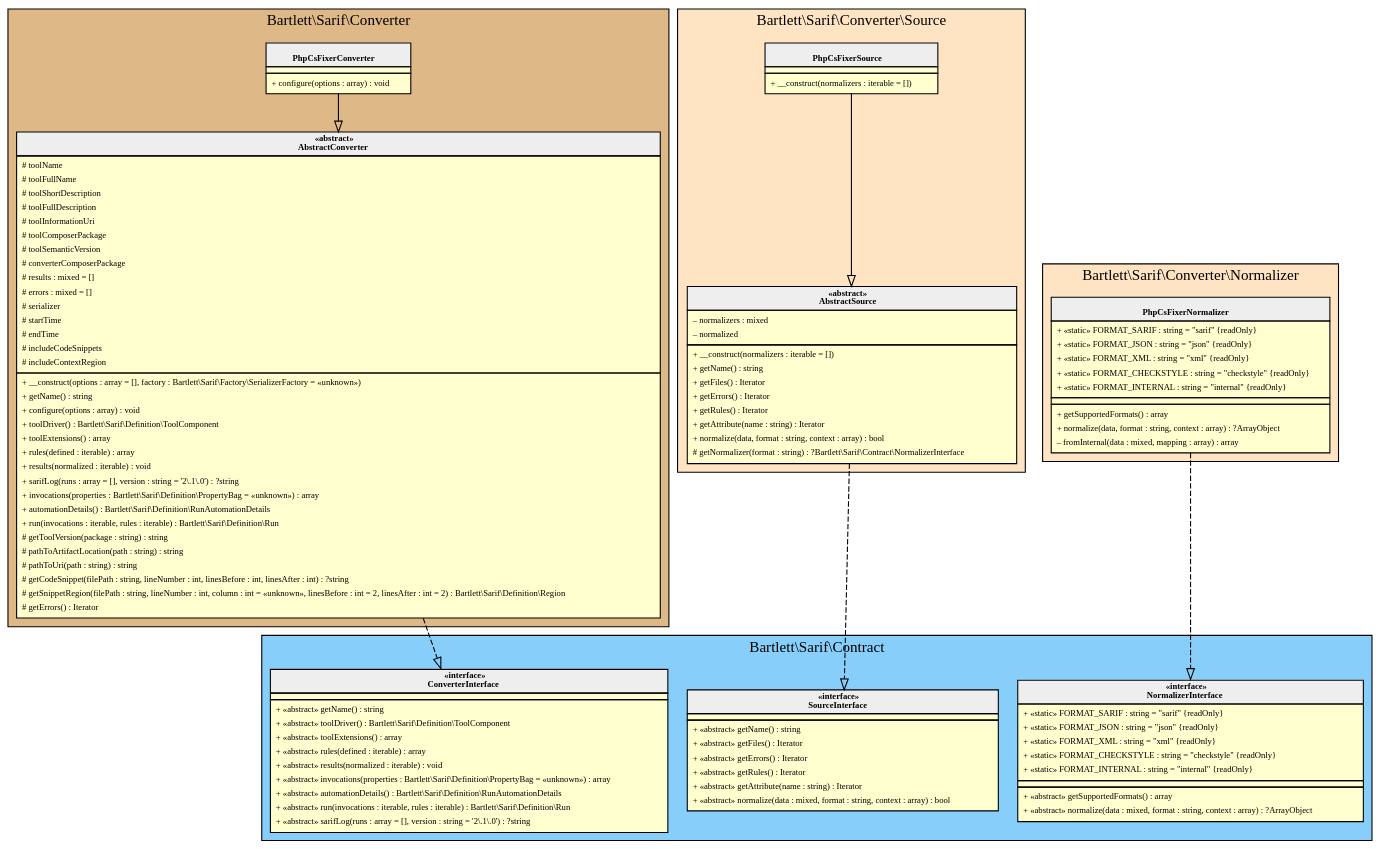
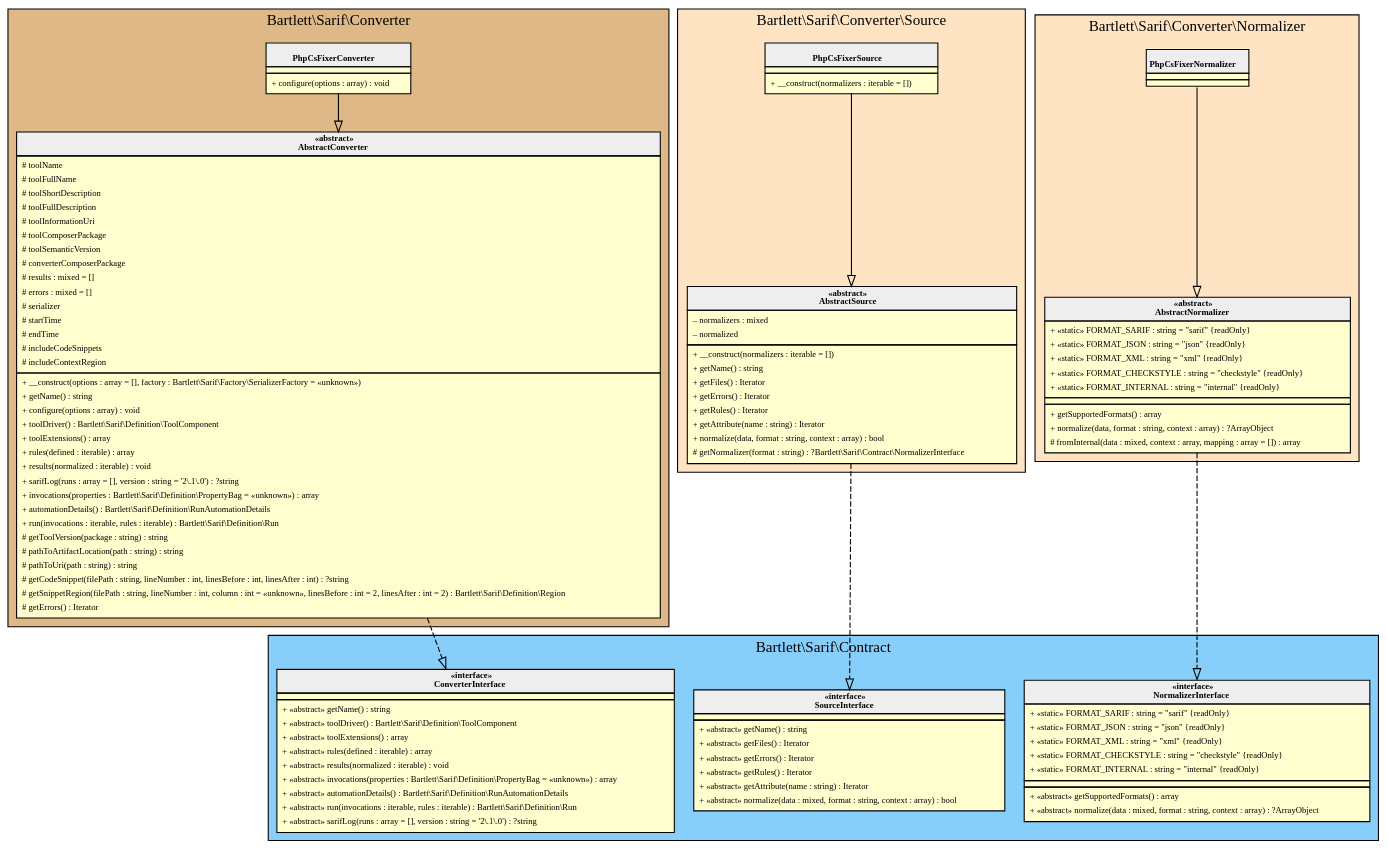
One commit to llaville/sarif-php-converters changed the diagram in 1.0/assets/images/converter-phpcs-fixer.html.gv. Above: the diagram before and after it, drawn with Graphviz. The commit also changed 26 other files, not shown here.

```diff
--- a/1.0/assets/images/converter-phpcs-fixer.html.gv
+++ b/1.0/assets/images/converter-phpcs-fixer.html.gv
@@ -1,162 +1,169 @@
 digraph {
   graph [name="G" overlap="false" rankdir="TB" bgcolor="transparent"]
   node [fontname="Verdana" fontsize=8 shape="none" margin=0 fillcolor="#FEFECE" style="filled"]
   edge [fontname="Verdana" fontsize=8]
   subgraph cluster_0 {
     graph [bgcolor="BurlyWood"]
     label = "Bartlett\\Sarif\\Converter"
     "Bartlett\\Sarif\\Converter\\PhpCsFixerConverter" [shape="none" label=<
 <table cellspacing="0" border="0" cellborder="1">
     <tr><td bgcolor="#eeeeee"><b><br/>PhpCsFixerConverter</b></td></tr>
     <tr><td></td></tr>
     <tr><td><table border="0" cellspacing="0" cellpadding="2">
     <tr><td align="left">+ configure(options : array) : void</td></tr>
 </table></td></tr>
 </table>>]
     "Bartlett\\Sarif\\Converter\\AbstractConverter" [shape="none" label=<
 <table cellspacing="0" border="0" cellborder="1">
     <tr><td bgcolor="#eeeeee"><b>«abstract»<br/>AbstractConverter</b></td></tr>
     <tr><td><table border="0" cellspacing="0" cellpadding="2">
     <tr><td align="left"># toolName</td></tr>
     <tr><td align="left"># toolFullName</td></tr>
     <tr><td align="left"># toolShortDescription</td></tr>
     <tr><td align="left"># toolFullDescription</td></tr>
     <tr><td align="left"># toolInformationUri</td></tr>
     <tr><td align="left"># toolComposerPackage</td></tr>
     <tr><td align="left"># toolSemanticVersion</td></tr>
     <tr><td align="left"># converterComposerPackage</td></tr>
     <tr><td align="left"># results : mixed = []</td></tr>
     <tr><td align="left"># errors : mixed = []</td></tr>
     <tr><td align="left"># serializer</td></tr>
     <tr><td align="left"># startTime</td></tr>
     <tr><td align="left"># endTime</td></tr>
     <tr><td align="left"># includeCodeSnippets</td></tr>
     <tr><td align="left"># includeContextRegion</td></tr>
 </table></td></tr>
     <tr><td><table border="0" cellspacing="0" cellpadding="2">
     <tr><td align="left">+ __construct(options : array = [], factory : Bartlett\\Sarif\\Factory\\SerializerFactory = «unknown»)</td></tr>
     <tr><td align="left">+ getName() : string</td></tr>
     <tr><td align="left">+ configure(options : array) : void</td></tr>
     <tr><td align="left">+ toolDriver() : Bartlett\\Sarif\\Definition\\ToolComponent</td></tr>
     <tr><td align="left">+ toolExtensions() : array</td></tr>
     <tr><td align="left">+ rules(defined : iterable) : array</td></tr>
     <tr><td align="left">+ results(normalized : iterable) : void</td></tr>
     <tr><td align="left">+ sarifLog(runs : array = [], version : string = '2\.1\.0') : ?string</td></tr>
     <tr><td align="left">+ invocations(properties : Bartlett\\Sarif\\Definition\\PropertyBag = «unknown») : array</td></tr>
     <tr><td align="left">+ automationDetails() : Bartlett\\Sarif\\Definition\\RunAutomationDetails</td></tr>
     <tr><td align="left">+ run(invocations : iterable, rules : iterable) : Bartlett\\Sarif\\Definition\\Run</td></tr>
     <tr><td align="left"># getToolVersion(package : string) : string</td></tr>
     <tr><td align="left"># pathToArtifactLocation(path : string) : string</td></tr>
     <tr><td align="left"># pathToUri(path : string) : string</td></tr>
     <tr><td align="left"># getCodeSnippet(filePath : string, lineNumber : int, linesBefore : int, linesAfter : int) : ?string</td></tr>
     <tr><td align="left"># getSnippetRegion(filePath : string, lineNumber : int, column : int = «unknown», linesBefore : int = 2, linesAfter : int = 2) : Bartlett\\Sarif\\Definition\\Region</td></tr>
     <tr><td align="left"># getErrors() : Iterator</td></tr>
 </table></td></tr>
 </table>>]
   }
   subgraph cluster_1 {
     graph [bgcolor="LightSkyBlue"]
     label = "Bartlett\\Sarif\\Contract"
     "Bartlett\\Sarif\\Contract\\ConverterInterface" [shape="none" label=<
 <table cellspacing="0" border="0" cellborder="1">
     <tr><td bgcolor="#eeeeee"><b>«interface»<br/>ConverterInterface</b></td></tr>
     <tr><td></td></tr>
     <tr><td><table border="0" cellspacing="0" cellpadding="2">
     <tr><td align="left">+ «abstract» getName() : string</td></tr>
     <tr><td align="left">+ «abstract» toolDriver() : Bartlett\\Sarif\\Definition\\ToolComponent</td></tr>
     <tr><td align="left">+ «abstract» toolExtensions() : array</td></tr>
     <tr><td align="left">+ «abstract» rules(defined : iterable) : array</td></tr>
     <tr><td align="left">+ «abstract» results(normalized : iterable) : void</td></tr>
     <tr><td align="left">+ «abstract» invocations(properties : Bartlett\\Sarif\\Definition\\PropertyBag = «unknown») : array</td></tr>
     <tr><td align="left">+ «abstract» automationDetails() : Bartlett\\Sarif\\Definition\\RunAutomationDetails</td></tr>
     <tr><td align="left">+ «abstract» run(invocations : iterable, rules : iterable) : Bartlett\\Sarif\\Definition\\Run</td></tr>
     <tr><td align="left">+ «abstract» sarifLog(runs : array = [], version : string = '2\.1\.0') : ?string</td></tr>
 </table></td></tr>
 </table>>]
     "Bartlett\\Sarif\\Contract\\SourceInterface" [shape="none" label=<
 <table cellspacing="0" border="0" cellborder="1">
     <tr><td bgcolor="#eeeeee"><b>«interface»<br/>SourceInterface</b></td></tr>
     <tr><td></td></tr>
     <tr><td><table border="0" cellspacing="0" cellpadding="2">
     <tr><td align="left">+ «abstract» getName() : string</td></tr>
     <tr><td align="left">+ «abstract» getFiles() : Iterator</td></tr>
     <tr><td align="left">+ «abstract» getErrors() : Iterator</td></tr>
     <tr><td align="left">+ «abstract» getRules() : Iterator</td></tr>
     <tr><td align="left">+ «abstract» getAttribute(name : string) : Iterator</td></tr>
     <tr><td align="left">+ «abstract» normalize(data : mixed, format : string, context : array) : bool</td></tr>
 </table></td></tr>
 </table>>]
     "Bartlett\\Sarif\\Contract\\NormalizerInterface" [shape="none" label=<
 <table cellspacing="0" border="0" cellborder="1">
     <tr><td bgcolor="#eeeeee"><b>«interface»<br/>NormalizerInterface</b></td></tr>
     <tr><td><table border="0" cellspacing="0" cellpadding="2">
     <tr><td align="left">+ «static» FORMAT_SARIF : string = "sarif" {readOnly}</td></tr>
     <tr><td align="left">+ «static» FORMAT_JSON : string = "json" {readOnly}</td></tr>
     <tr><td align="left">+ «static» FORMAT_XML : string = "xml" {readOnly}</td></tr>
     <tr><td align="left">+ «static» FORMAT_CHECKSTYLE : string = "checkstyle" {readOnly}</td></tr>
     <tr><td align="left">+ «static» FORMAT_INTERNAL : string = "internal" {readOnly}</td></tr>
 </table></td></tr>
     <tr><td></td></tr>
     <tr><td><table border="0" cellspacing="0" cellpadding="2">
     <tr><td align="left">+ «abstract» getSupportedFormats() : array</td></tr>
     <tr><td align="left">+ «abstract» normalize(data : mixed, format : string, context : array) : ?ArrayObject</td></tr>
 </table></td></tr>
 </table>>]
   }
   subgraph cluster_2 {
     graph [bgcolor="Bisque"]
     label = "Bartlett\\Sarif\\Converter\\Source"
     "Bartlett\\Sarif\\Converter\\Source\\PhpCsFixerSource" [shape="none" label=<
 <table cellspacing="0" border="0" cellborder="1">
     <tr><td bgcolor="#eeeeee"><b><br/>PhpCsFixerSource</b></td></tr>
     <tr><td></td></tr>
     <tr><td><table border="0" cellspacing="0" cellpadding="2">
     <tr><td align="left">+ __construct(normalizers : iterable = [])</td></tr>
 </table></td></tr>
 </table>>]
     "Bartlett\\Sarif\\Converter\\Source\\AbstractSource" [shape="none" label=<
 <table cellspacing="0" border="0" cellborder="1">
     <tr><td bgcolor="#eeeeee"><b>«abstract»<br/>AbstractSource</b></td></tr>
     <tr><td><table border="0" cellspacing="0" cellpadding="2">
     <tr><td align="left">– normalizers : mixed</td></tr>
     <tr><td align="left">– normalized</td></tr>
 </table></td></tr>
     <tr><td><table border="0" cellspacing="0" cellpadding="2">
     <tr><td align="left">+ __construct(normalizers : iterable = [])</td></tr>
     <tr><td align="left">+ getName() : string</td></tr>
     <tr><td align="left">+ getFiles() : Iterator</td></tr>
     <tr><td align="left">+ getErrors() : Iterator</td></tr>
     <tr><td align="left">+ getRules() : Iterator</td></tr>
     <tr><td align="left">+ getAttribute(name : string) : Iterator</td></tr>
     <tr><td align="left">+ normalize(data, format : string, context : array) : bool</td></tr>
     <tr><td align="left"># getNormalizer(format : string) : ?Bartlett\\Sarif\\Contract\\NormalizerInterface</td></tr>
 </table></td></tr>
 </table>>]
   }
   subgraph cluster_3 {
     graph [bgcolor="Bisque"]
     label = "Bartlett\\Sarif\\Converter\\Normalizer"
     "Bartlett\\Sarif\\Converter\\Normalizer\\PhpCsFixerNormalizer" [shape="none" label=<
 <table cellspacing="0" border="0" cellborder="1">
     <tr><td bgcolor="#eeeeee"><b><br/>PhpCsFixerNormalizer</b></td></tr>
+    <tr><td></td></tr>
+    <tr><td></td></tr>
+</table>>]
+    "Bartlett\\Sarif\\Converter\\Normalizer\\AbstractNormalizer" [shape="none" label=<
+<table cellspacing="0" border="0" cellborder="1">
+    <tr><td bgcolor="#eeeeee"><b>«abstract»<br/>AbstractNormalizer</b></td></tr>
     <tr><td><table border="0" cellspacing="0" cellpadding="2">
     <tr><td align="left">+ «static» FORMAT_SARIF : string = "sarif" {readOnly}</td></tr>
     <tr><td align="left">+ «static» FORMAT_JSON : string = "json" {readOnly}</td></tr>
     <tr><td align="left">+ «static» FORMAT_XML : string = "xml" {readOnly}</td></tr>
     <tr><td align="left">+ «static» FORMAT_CHECKSTYLE : string = "checkstyle" {readOnly}</td></tr>
     <tr><td align="left">+ «static» FORMAT_INTERNAL : string = "internal" {readOnly}</td></tr>
 </table></td></tr>
     <tr><td></td></tr>
     <tr><td><table border="0" cellspacing="0" cellpadding="2">
     <tr><td align="left">+ getSupportedFormats() : array</td></tr>
     <tr><td align="left">+ normalize(data, format : string, context : array) : ?ArrayObject</td></tr>
-    <tr><td align="left">– fromInternal(data : mixed, mapping : array) : array</td></tr>
+    <tr><td align="left"># fromInternal(data : mixed, context : array, mapping : array = []) : array</td></tr>
 </table></td></tr>
 </table>>]
   }
   "Bartlett\\Sarif\\Converter\\AbstractConverter" -> "Bartlett\\Sarif\\Contract\\ConverterInterface" [arrowhead="empty" style="dashed"]
   "Bartlett\\Sarif\\Converter\\PhpCsFixerConverter" -> "Bartlett\\Sarif\\Converter\\AbstractConverter" [arrowhead="empty" style="filled"]
   "Bartlett\\Sarif\\Converter\\Source\\AbstractSource" -> "Bartlett\\Sarif\\Contract\\SourceInterface" [arrowhead="empty" style="dashed"]
   "Bartlett\\Sarif\\Converter\\Source\\PhpCsFixerSource" -> "Bartlett\\Sarif\\Converter\\Source\\AbstractSource" [arrowhead="empty" style="filled"]
-  "Bartlett\\Sarif\\Converter\\Normalizer\\PhpCsFixerNormalizer" -> "Bartlett\\Sarif\\Contract\\NormalizerInterface" [arrowhead="empty" style="dashed"]
+  "Bartlett\\Sarif\\Converter\\Normalizer\\AbstractNormalizer" -> "Bartlett\\Sarif\\Contract\\NormalizerInterface" [arrowhead="empty" style="dashed"]
+  "Bartlett\\Sarif\\Converter\\Normalizer\\PhpCsFixerNormalizer" -> "Bartlett\\Sarif\\Converter\\Normalizer\\AbstractNormalizer" [arrowhead="empty" style="filled"]
 }
```
